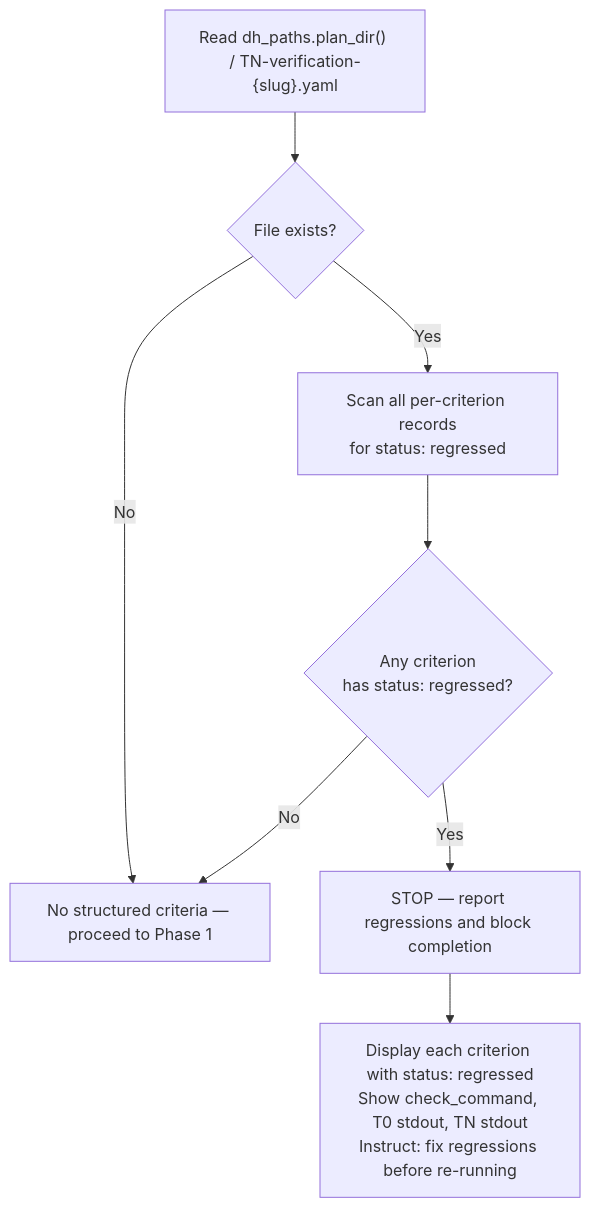
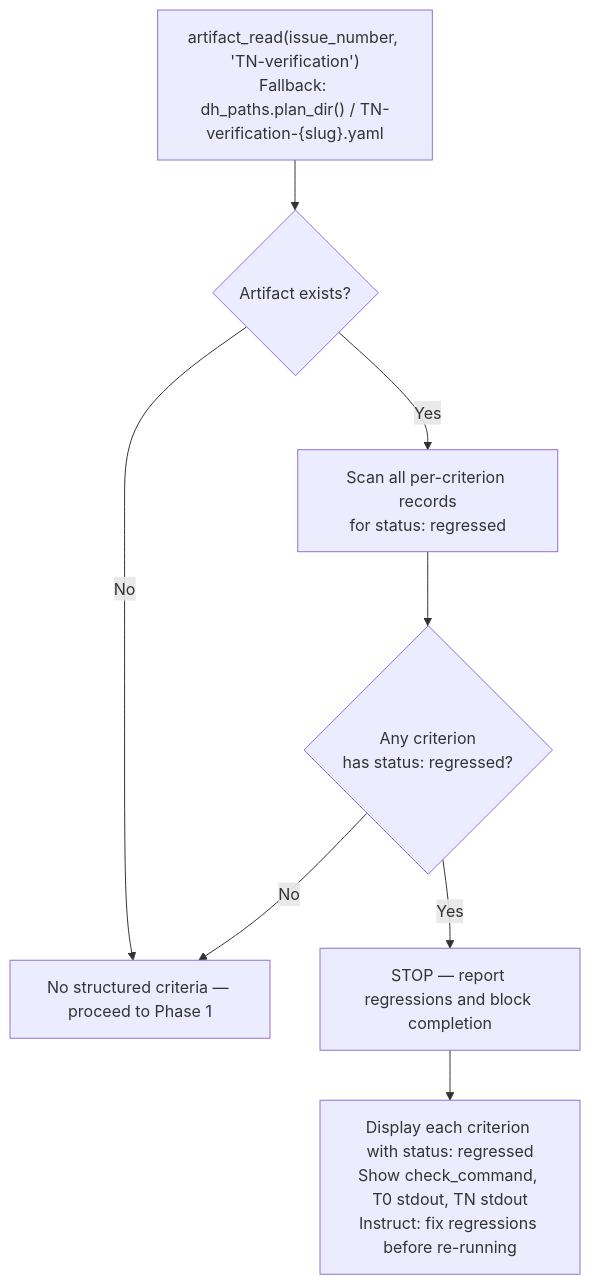
Before and after one commit to chgreer1070/claude_skills: the fifth of 9 diagrams in plugins/development-harness/skills/complete-implementation/SKILL.md, drawn with Mermaid. The commit also changed other lines of this file and 7 other files, not shown here.

First line of the commit message:
refactor(dh): route artifact and plan access through MCP servers

````diff
--- a/plugins/development-harness/skills/complete-implementation/SKILL.md
+++ b/plugins/development-harness/skills/complete-implementation/SKILL.md
@@ -264,10 +264,10 @@
 ```mermaid
 flowchart TD
-    Read["Read dh_paths.plan_dir() / TN-verification-{slug}.yaml"] --> Exists{File exists?}
+    Read["artifact_read(issue_number, 'TN-verification')<br>Fallback: dh_paths.plan_dir() / TN-verification-{slug}.yaml"] --> Exists{Artifact exists?}
     Exists -->|No| Proceed["No structured criteria — proceed to Phase 1"]
     Exists -->|Yes| Scan["Scan all per-criterion records<br>for status: regressed"]
     Scan --> AnyRegressed{Any criterion<br>has status: regressed?}
     AnyRegressed -->|No| Proceed
     AnyRegressed -->|Yes| Stop["STOP — report regressions and block completion"]
     Stop --> Report["Display each criterion with status: regressed<br>Show check_command, T0 stdout, TN stdout<br>Instruct: fix regressions before re-running"]
 ```
````
